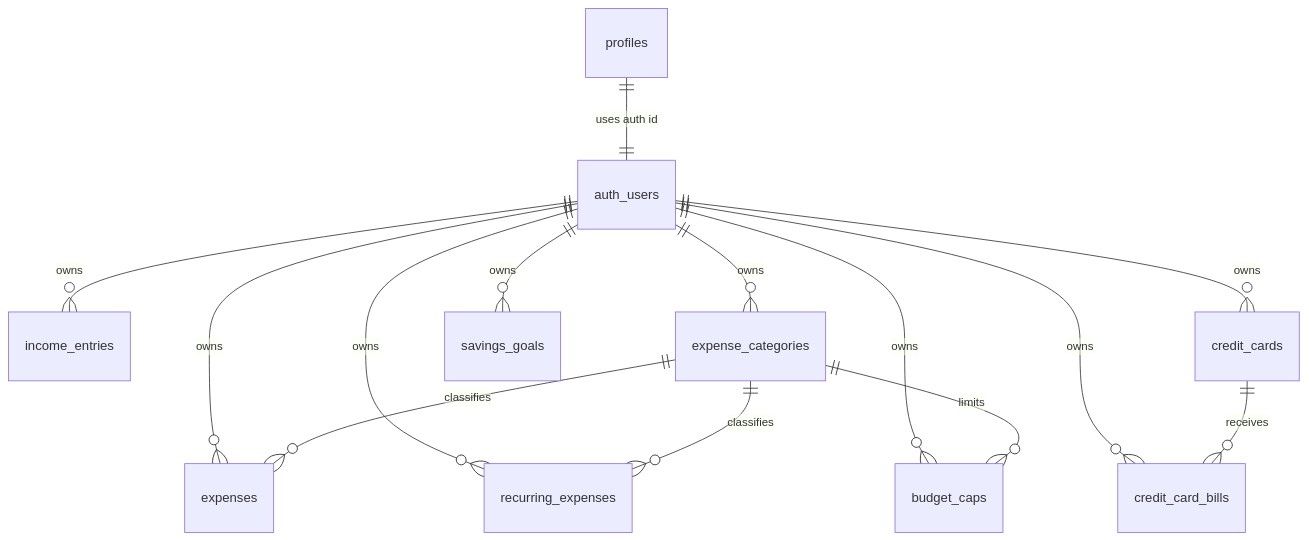
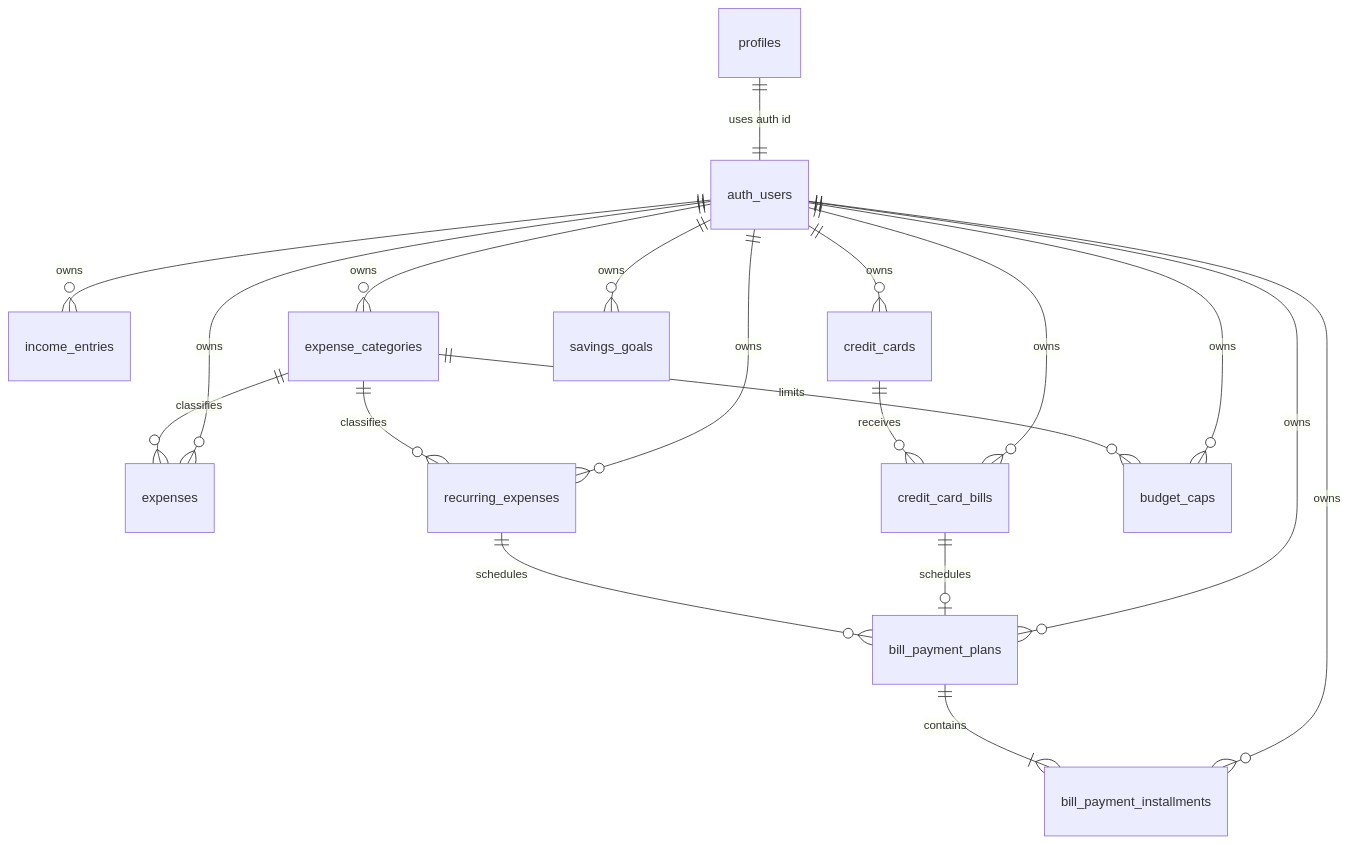
The diagram in docs/database-schema.md (DalbirSodhi/Pocket-Mate), drawn with Mermaid before and after one commit. The commit also changed other lines of this file and 21 other files, not shown here.

Commit message:
fix: make bill payment plans dynamic

````diff
--- a/docs/database-schema.md
+++ b/docs/database-schema.md
@@ -235,16 +274,21 @@
 ```mermaid
 erDiagram
     profiles ||--|| auth_users : "uses auth id"
     auth_users ||--o{ income_entries : owns
     auth_users ||--o{ expense_categories : owns
     auth_users ||--o{ expenses : owns
     auth_users ||--o{ recurring_expenses : owns
     auth_users ||--o{ credit_cards : owns
     auth_users ||--o{ credit_card_bills : owns
+    auth_users ||--o{ bill_payment_plans : owns
+    auth_users ||--o{ bill_payment_installments : owns
     auth_users ||--o{ budget_caps : owns
     auth_users ||--o{ savings_goals : owns
     expense_categories ||--o{ expenses : classifies
     expense_categories ||--o{ recurring_expenses : classifies
     credit_cards ||--o{ credit_card_bills : receives
+    credit_card_bills ||--o| bill_payment_plans : schedules
+    recurring_expenses ||--o{ bill_payment_plans : schedules
+    bill_payment_plans ||--|{ bill_payment_installments : contains
     expense_categories ||--o{ budget_caps : limits
 ```
````
